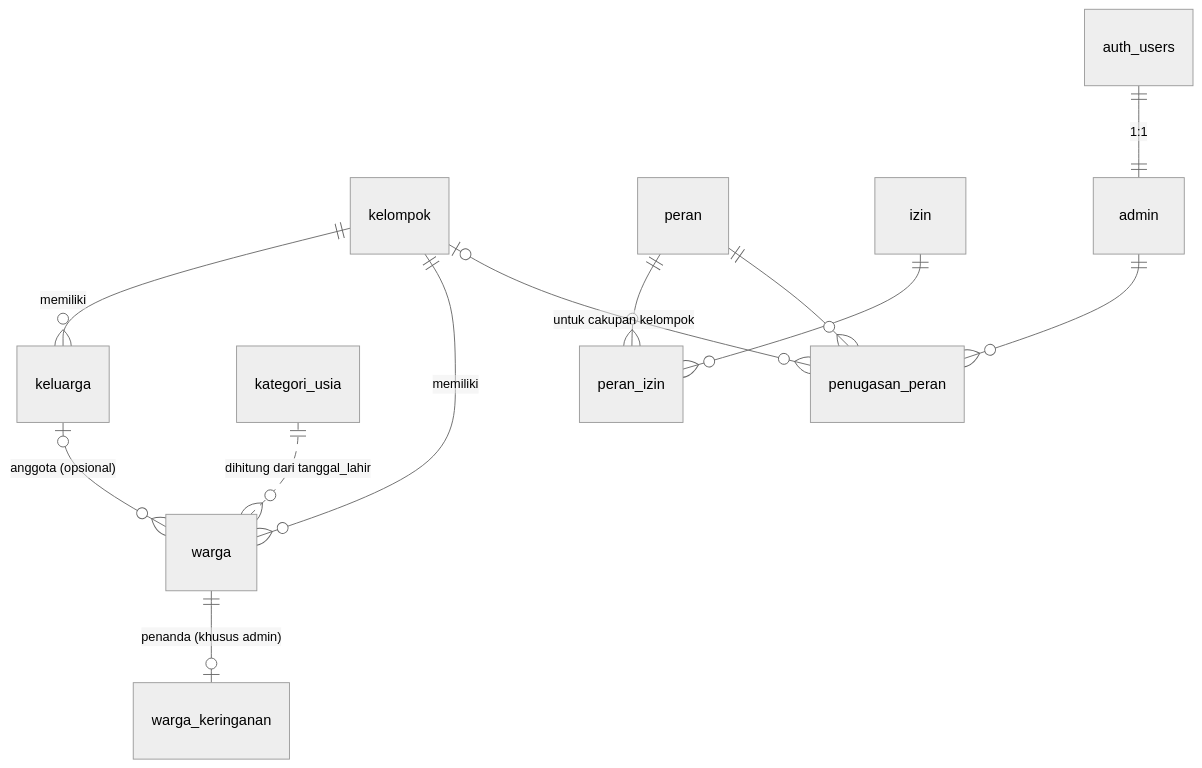
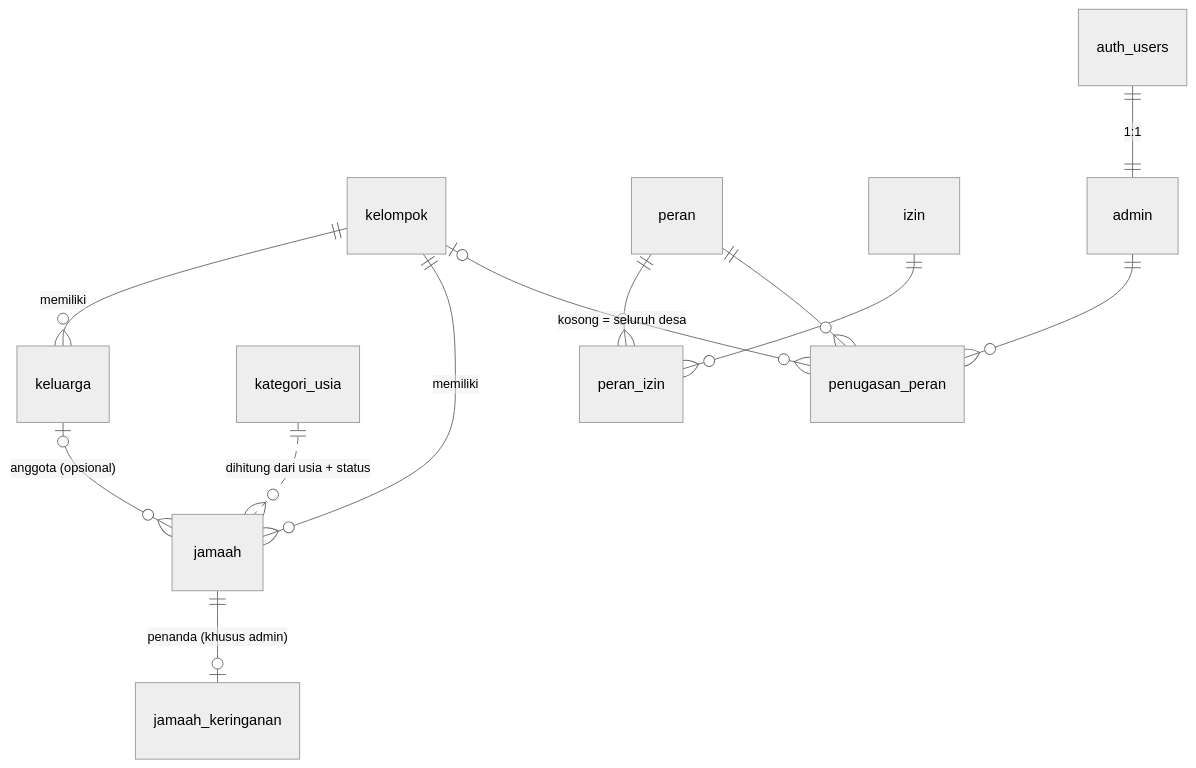
The diagram in docs/schema-proposal.md (Moreno19Ryan/kawanku-app), drawn with Mermaid (neutral theme) before and after one commit. The commit also changed other lines of this file and 1 other file, not shown here.

````diff
--- a/docs/schema-proposal.md
+++ b/docs/schema-proposal.md
@@ -21,14 +41,14 @@
 ```mermaid
 erDiagram
   kelompok ||--o{ keluarga : memiliki
-  kelompok ||--o{ warga : memiliki
-  keluarga |o--o{ warga : "anggota (opsional)"
-  warga ||--o| warga_keringanan : "penanda (khusus admin)"
-  kategori_usia ||..o{ warga : "dihitung dari tanggal_lahir"
+  kelompok ||--o{ jamaah : memiliki
+  keluarga |o--o{ jamaah : "anggota (opsional)"
+  jamaah ||--o| jamaah_keringanan : "penanda (khusus admin)"
+  kategori_usia ||..o{ jamaah : "dihitung dari usia + status"
   peran ||--o{ peran_izin : ""
   izin ||--o{ peran_izin : ""
   admin ||--o{ penugasan_peran : ""
   peran ||--o{ penugasan_peran : ""
-  kelompok |o--o{ penugasan_peran : "untuk cakupan kelompok"
+  kelompok |o--o{ penugasan_peran : "kosong = seluruh desa"
   auth_users ||--|| admin : "1:1"
 ```
````
